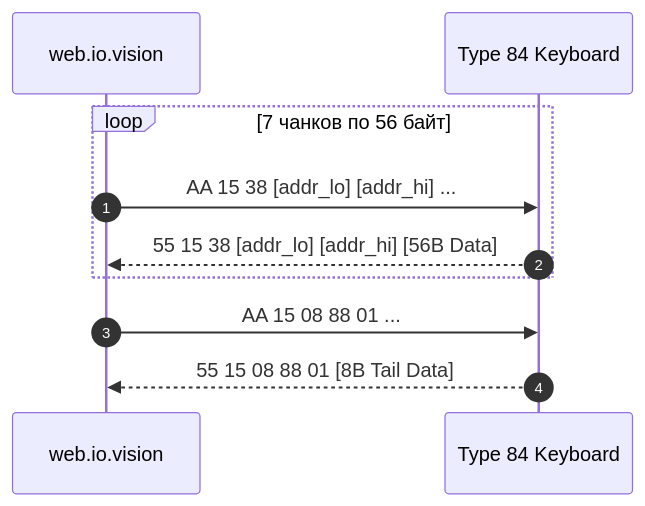
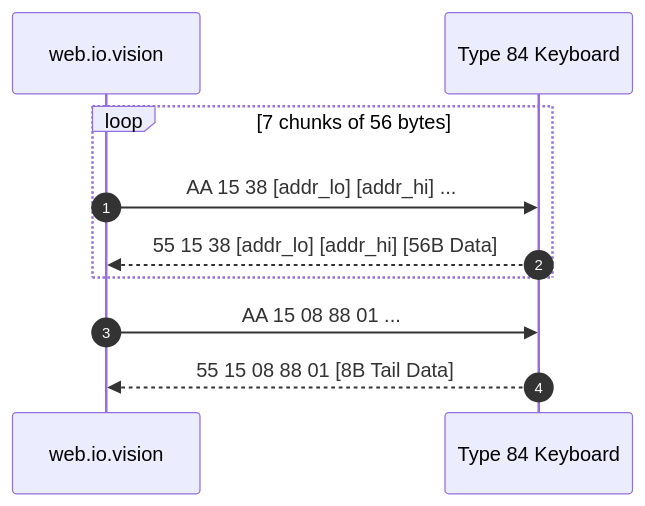
The diagram in docs/MACRO_PROTOCOL.md (chernyhim/type84-configurator), drawn with Mermaid before and after one commit. The commit also changed other lines of this file and 19 other files, not shown here.

````diff
--- a/docs/MACRO_PROTOCOL.md
+++ b/docs/MACRO_PROTOCOL.md
@@ -25,13 +25,13 @@
 ```mermaid
 sequenceDiagram
     autonumber
     participant Host as web.io.vision
     participant Dev as Type 84 Keyboard
 
-    loop 7 чанков по 56 байт
+    loop 7 chunks of 56 bytes
         Host->>Dev: AA 15 38 [addr_lo] [addr_hi] ...
         Dev-->>Host: 55 15 38 [addr_lo] [addr_hi] [56B Data]
     end
     Host->>Dev: AA 15 08 88 01 ...
     Dev-->>Host: 55 15 08 88 01 [8B Tail Data]
 ```
````
